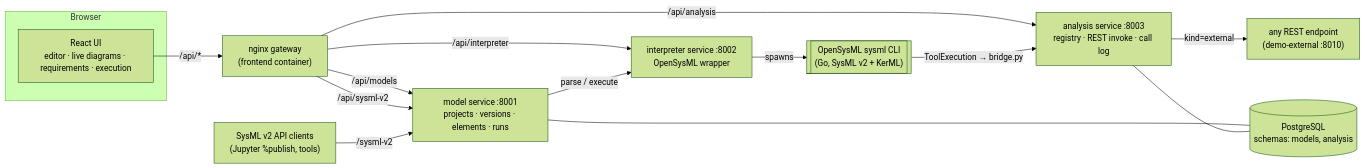
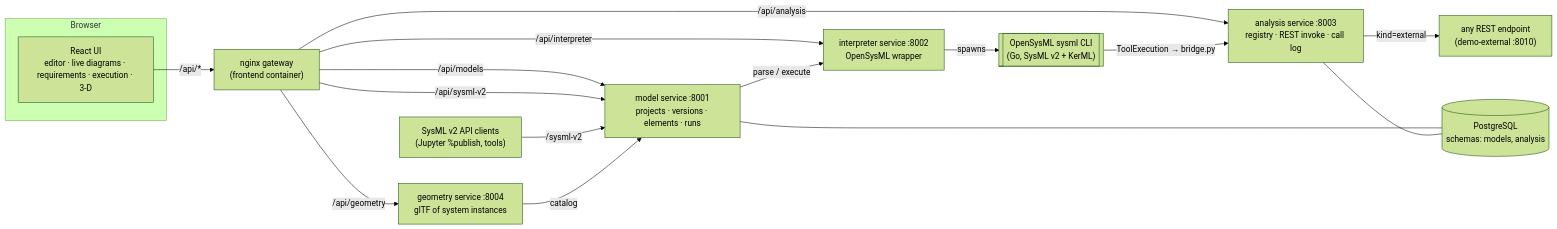
Before and after one commit to jaydeanmartin/sysml: the diagram in README.md, drawn with Mermaid (forest theme). The commit also changed other lines of this file and 18 other files, not shown here.

````diff
--- a/README.md
+++ b/README.md
@@ -5,18 +5,20 @@
 ```mermaid
 flowchart LR
   subgraph Browser
-    UI["React UI<br/>editor · live diagrams · requirements · execution"]
+    UI["React UI<br/>editor · live diagrams · requirements · execution · 3-D"]
   end
   UI -->|/api/*| GW["nginx gateway<br/>(frontend container)"]
   GW -->|/api/models| MS["model service :8001<br/>projects · versions · elements · runs"]
   GW -->|/api/sysml-v2| MS
   CL["SysML v2 API clients<br/>(Jupyter %publish, tools)"] -->|/sysml-v2| MS
   GW -->|/api/analysis| AS["analysis service :8003<br/>registry · REST invoke · call log"]
   GW -->|/api/interpreter| IS["interpreter service :8002<br/>OpenSysML wrapper"]
+  GW -->|/api/geometry| GS["geometry service :8004<br/>glTF of system instances"]
+  GS -->|catalog| MS
   MS -->|parse / execute| IS
   IS -->|spawns| OS[["OpenSysML sysml CLI<br/>(Go, SysML v2 + KerML)"]]
   OS -->|ToolExecution → bridge.py| AS
   AS -->|kind=external| EXT["any REST endpoint<br/>(demo-external :8010)"]
   MS --- PG[(PostgreSQL<br/>schemas: models, analysis)]
   AS --- PG
 ```
````
